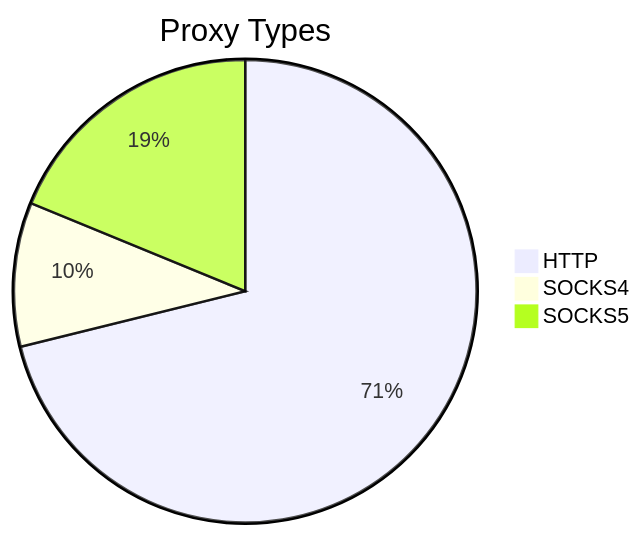
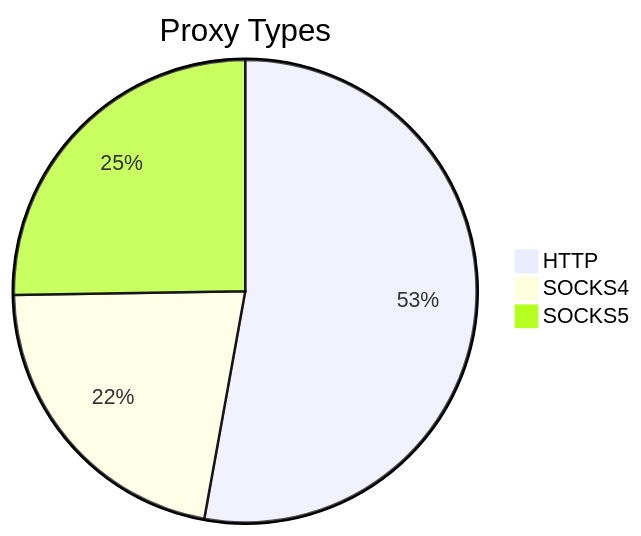
One commit to stormsia/proxy-list changed the first of 2 diagrams in README.md. Above: the diagram before and after it, drawn with Mermaid. The commit also changed other lines of this file, not shown here.

````diff
--- a/README.md
+++ b/README.md
@@ -21,6 +21,6 @@
 ```mermaid
 pie title Proxy Types
-    "HTTP" : 212
-    "SOCKS4" : 30
-    "SOCKS5" : 56
+    "HTTP" : 205
+    "SOCKS4" : 85
+    "SOCKS5" : 98
 ```
````
